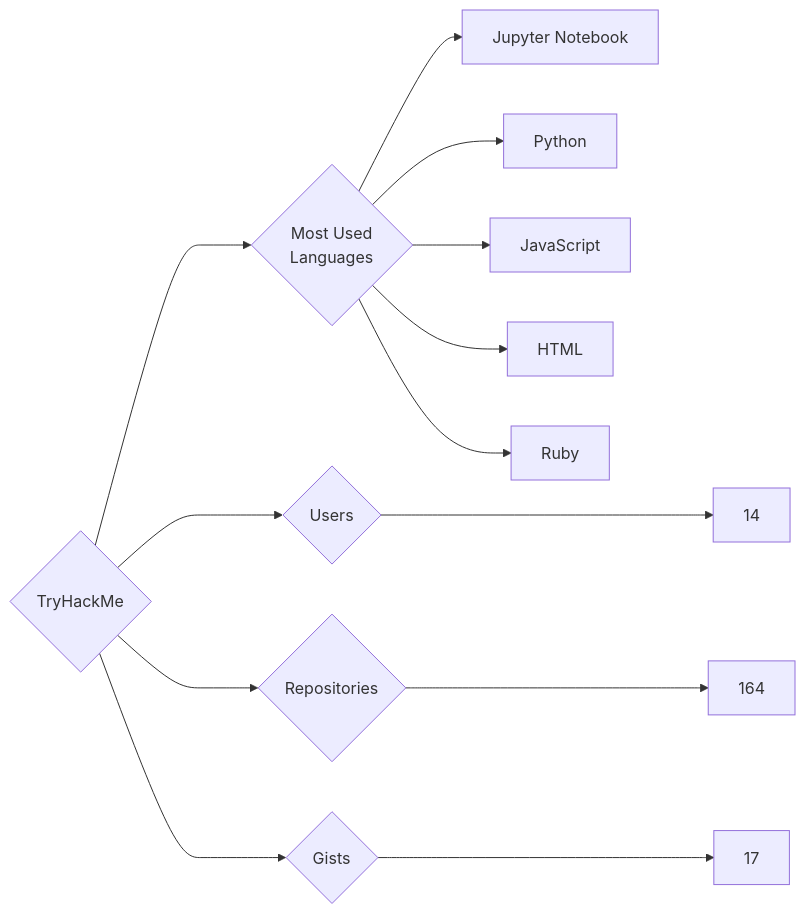
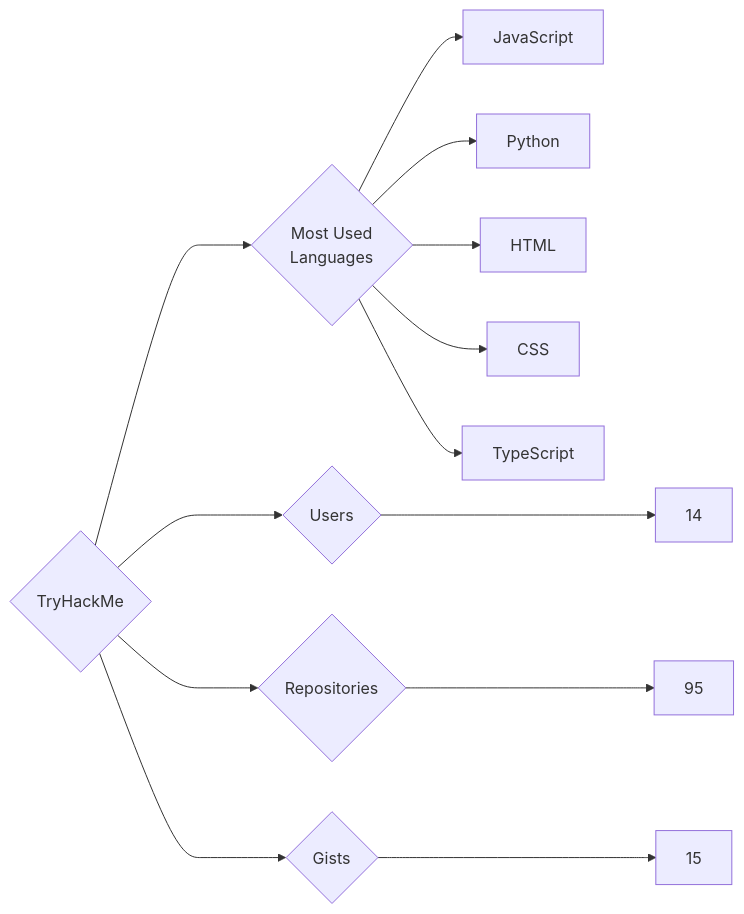
The diagram in targets/TryHackMe/README.md (trickest/insiders), drawn with Mermaid before and after one commit. The commit also changed 995 other files, not shown here.

````diff
--- a/targets/TryHackMe/README.md
+++ b/targets/TryHackMe/README.md
@@ -3,13 +3,13 @@
 ```mermaid
 graph LR
 COMPANY_NAME{TryHackMe}
 COMPANY_NAME ---> U{Users} ---> UN[14]
-COMPANY_NAME ---> R{Repositories} ---> RN[164]
-COMPANY_NAME ---> G{Gists} ---> GN[17]
+COMPANY_NAME ---> R{Repositories} ---> RN[95]
+COMPANY_NAME ---> G{Gists} ---> GN[15]
 COMPANY_NAME ---> ML{Most Used<br>Languages}
-ML --> Jupyter_Notebook[Jupyter Notebook]
+ML --> JavaScript[JavaScript]
 ML --> Python[Python]
-ML --> JavaScript[JavaScript]
 ML --> HTML[HTML]
-ML --> Ruby[Ruby]
+ML --> CSS[CSS]
+ML --> TypeScript[TypeScript]
 ```
````
